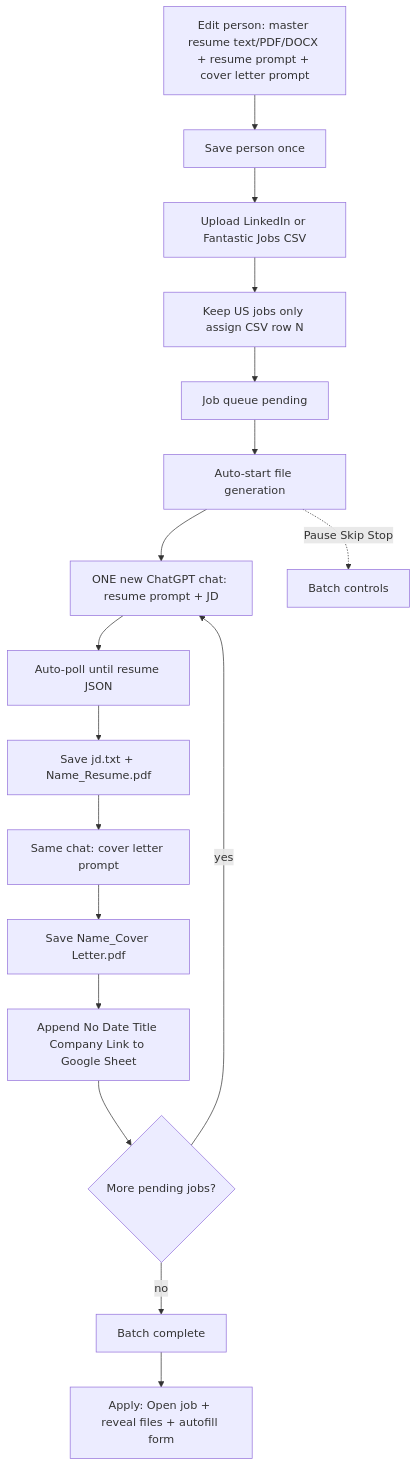
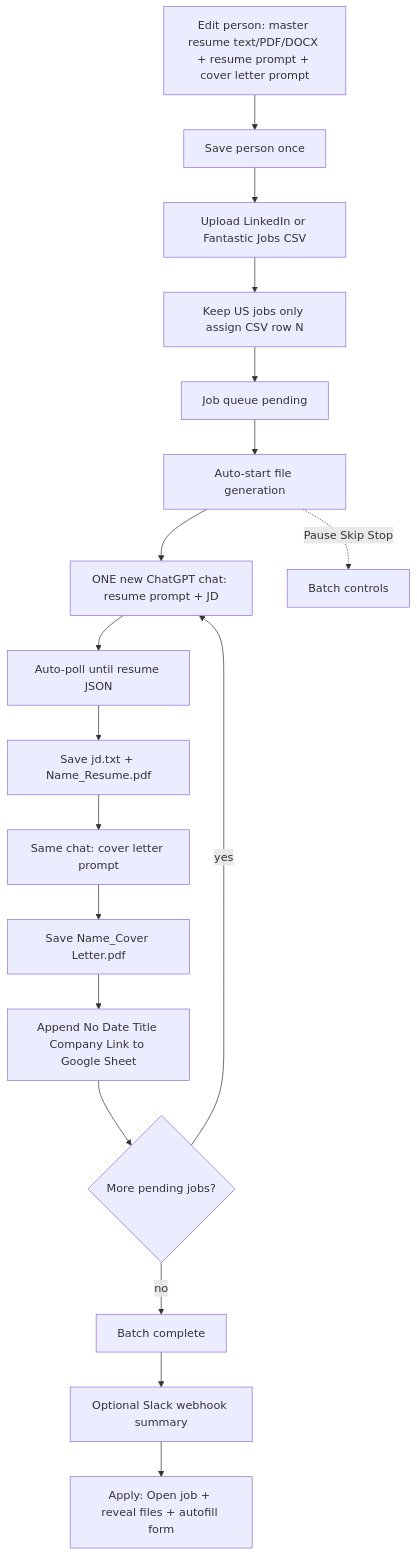
The diagram in README.md (brightstar-0813/brightstar-bid-bot), drawn with Mermaid before and after one commit. The commit also changed other lines of this file and 4 other files, not shown here.

````diff
--- a/README.md
+++ b/README.md
@@ -36,19 +36,20 @@
 ```mermaid
 flowchart TD
   setup[Edit person: master resume text/PDF/DOCX + resume prompt + cover letter prompt] --> savePerson[Save person once]
   savePerson --> uploadCsv[Upload LinkedIn or Fantastic Jobs CSV]
   uploadCsv --> filterUs[Keep US jobs only assign CSV row N]
   filterUs --> queue[Job queue pending]
   queue --> startBatch[Auto-start file generation]
   startBatch --> resumeChat[ONE new ChatGPT chat: resume prompt + JD]
   resumeChat --> pollJson[Auto-poll until resume JSON]
   pollJson --> saveFiles[Save jd.txt + Name_Resume.pdf]
   saveFiles --> clChat[Same chat: cover letter prompt]
   clChat --> saveCl[Save Name_Cover Letter.pdf]
   saveCl --> sheetAppend[Append No Date Title Company Link to Google Sheet]
   sheetAppend --> nextJob{More pending jobs?}
   nextJob -->|yes| resumeChat
   nextJob -->|no| done[Batch complete]
-  done --> apply[Apply: Open job + reveal files + autofill form]
+  done --> slackAlert[Optional Slack webhook summary]
+  slackAlert --> apply[Apply: Open job + reveal files + autofill form]
   startBatch -.->|Pause Skip Stop| controls[Batch controls]
 ```
````
